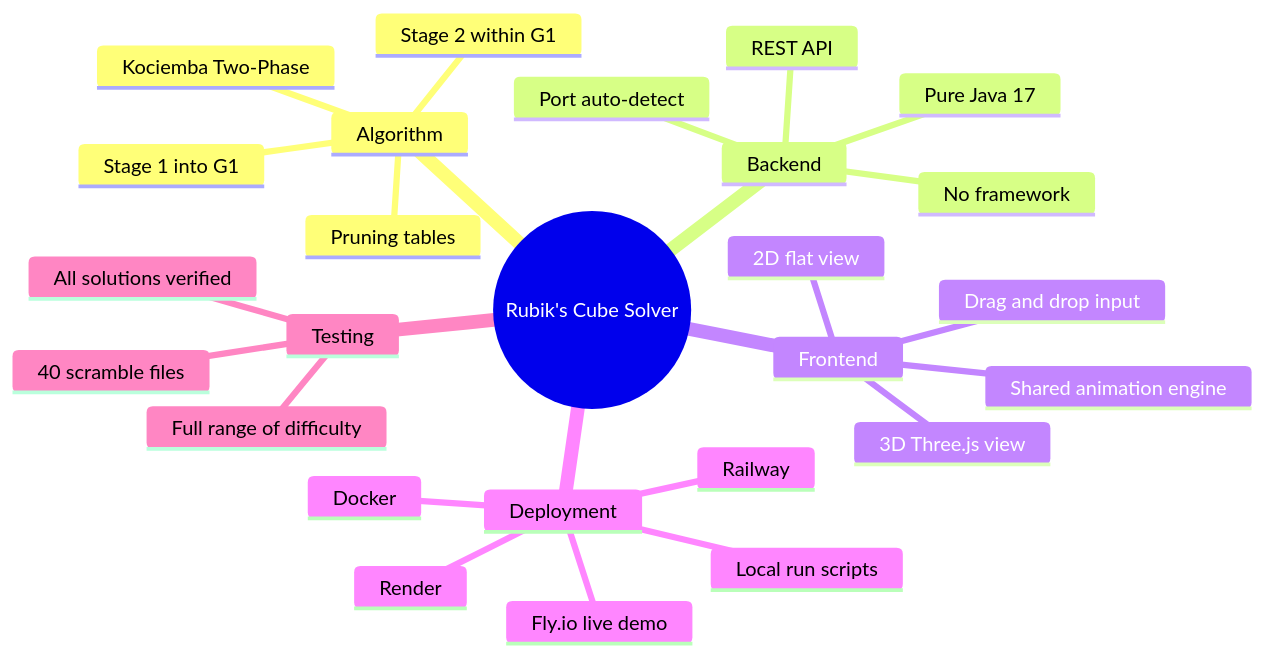
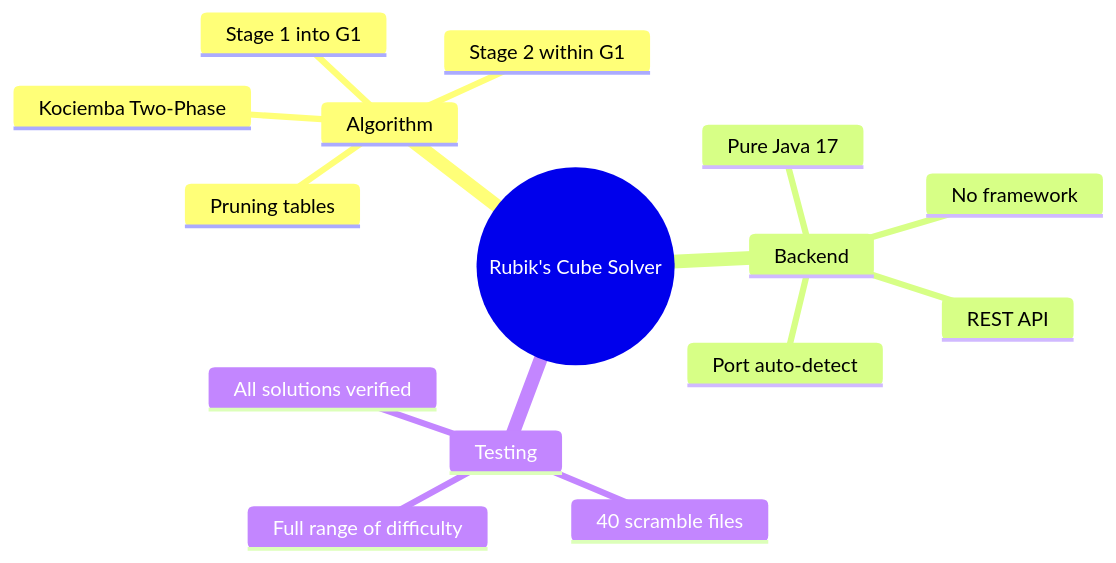
The diagram in README.md (Sahibjeetpalsingh/RubiksCube-Solver-Java), drawn with Mermaid before and after one commit.

````diff
--- a/README.md
+++ b/README.md
@@ -170,29 +170,18 @@
 ```mermaid
 mindmap
   root((Rubik's Cube Solver))
     Algorithm
       Kociemba Two-Phase
       Stage 1 into G1
       Stage 2 within G1
       Pruning tables
     Backend
       Pure Java 17
       No framework
       REST API
       Port auto-detect
-    Frontend
-      2D flat view
-      3D Three.js view
-      Shared animation engine
-      Drag and drop input
-    Deployment
-      Fly.io live demo
-      Railway
-      Render
-      Docker
-      Local run scripts
     Testing
       40 scramble files
       Full range of difficulty
       All solutions verified
 ```
````
